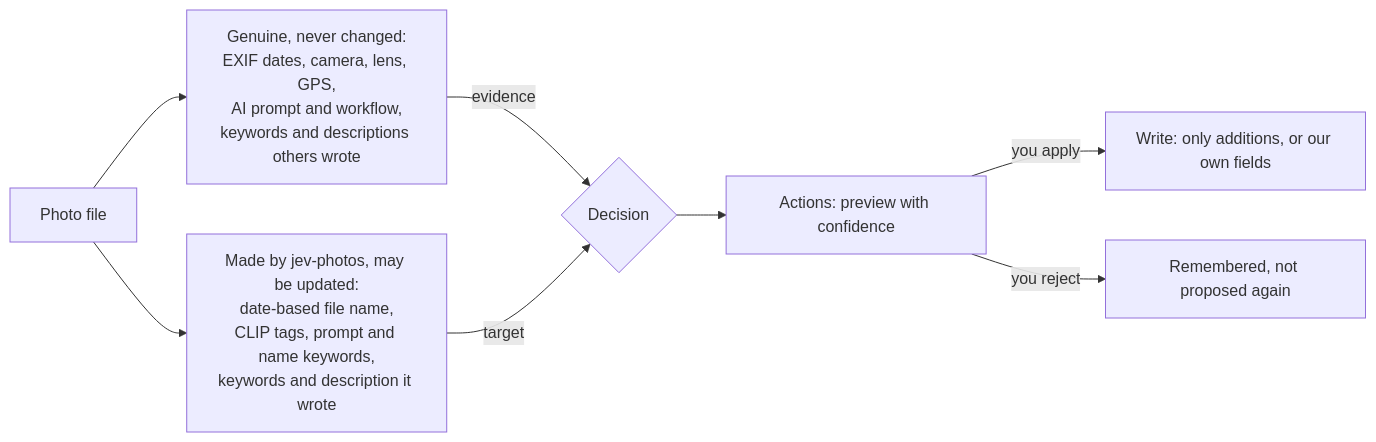
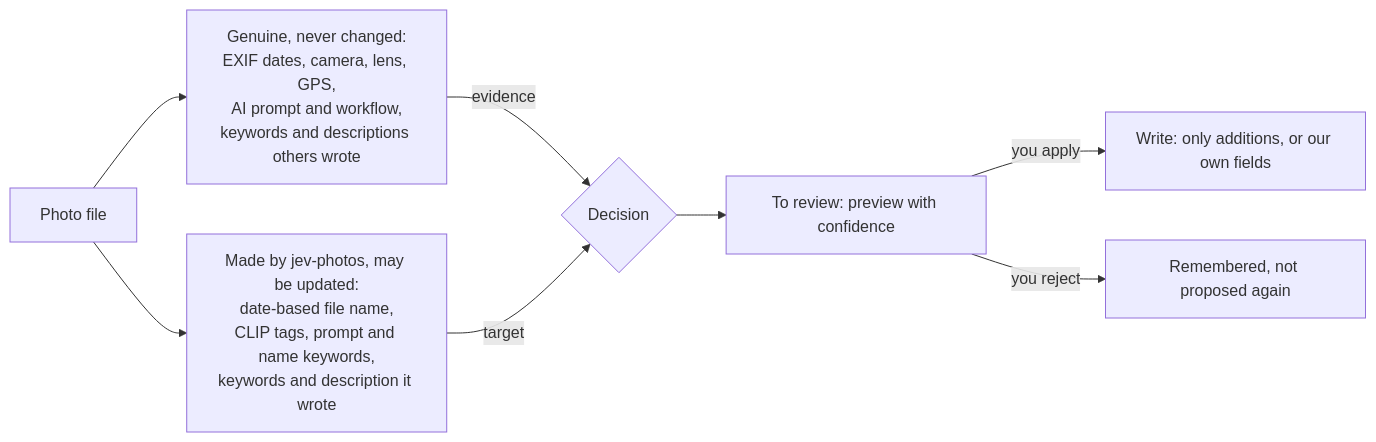
The first of 4 diagrams in README.md (jstdlee/jev-photos), drawn with Mermaid before and after one commit. The commit also changed other lines of this file and 12 other files, not shown here.

````diff
--- a/README.md
+++ b/README.md
@@ -324,10 +351,10 @@
 ```mermaid
 flowchart LR
     F[Photo file] --> G["Genuine, never changed:<br/>EXIF dates, camera, lens, GPS,<br/>AI prompt and workflow,<br/>keywords and descriptions others wrote"]
     F --> M["Made by jev-photos, may be updated:<br/>date-based file name,<br/>CLIP tags, prompt and name keywords,<br/>keywords and description it wrote"]
     G -->|evidence| D{Decision}
     M -->|target| D
-    D --> R[Actions: preview with confidence]
+    D --> R[To review: preview with confidence]
     R -->|you apply| W[Write: only additions, or our own fields]
     R -->|you reject| X[Remembered, not proposed again]
 ```
````
